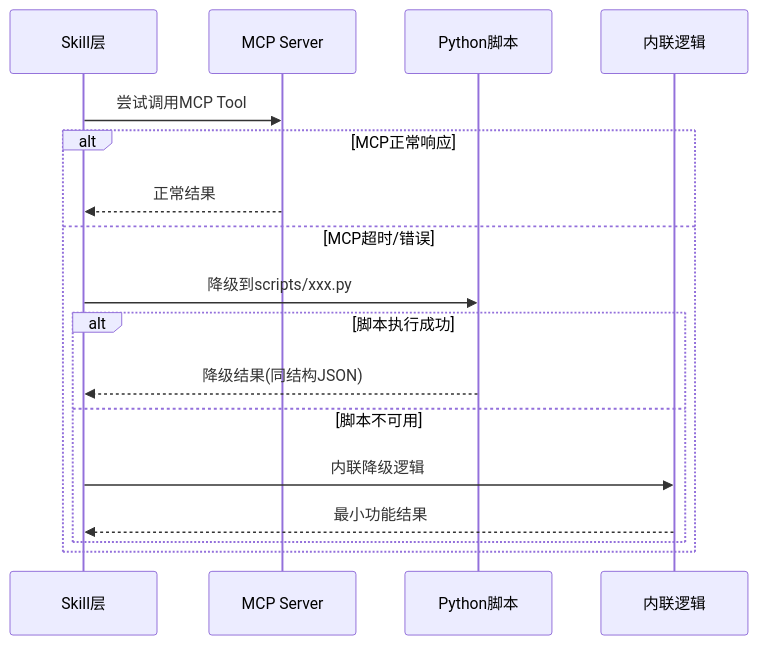
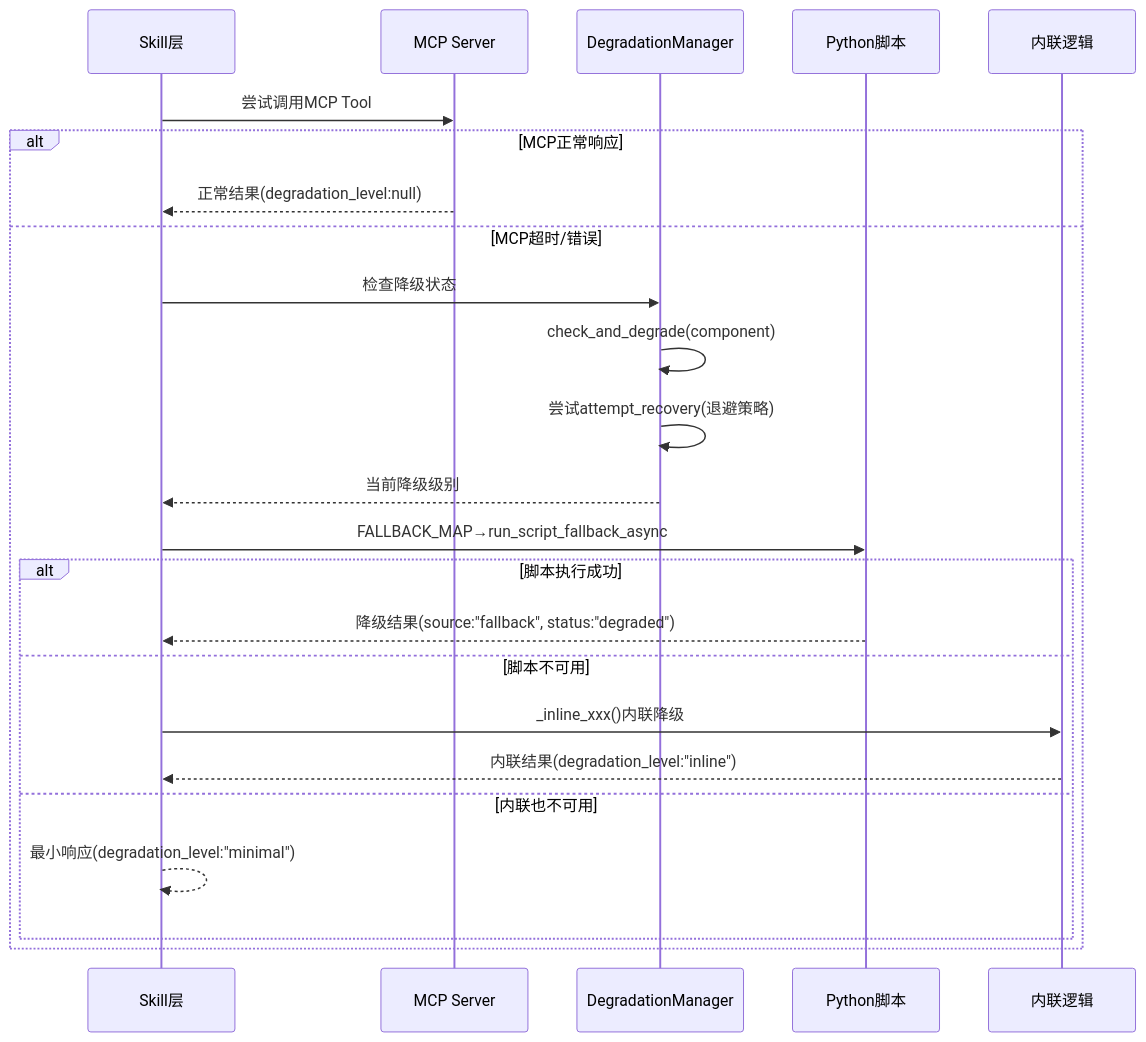
Before and after one commit to xuanyuanchumo/xuansto: the third of 4 diagrams in docs/plan/ARCHITECTURE.md, drawn with Mermaid. The commit also changed other lines of this file and 7737 other files, not shown here.

````diff
--- a/docs/plan/ARCHITECTURE.md
+++ b/docs/plan/ARCHITECTURE.md
@@ -396,21 +477,28 @@
 ```mermaid
 sequenceDiagram
     participant SK as Skill层
     participant MCP as MCP Server
+    participant DM as DegradationManager
     participant SCRIPT as Python脚本
     participant INLINE as 内联逻辑
 
     SK->>MCP: 尝试调用MCP Tool
 
     alt MCP正常响应
-        MCP-->>SK: 正常结果
+        MCP-->>SK: 正常结果(degradation_level:null)
     else MCP超时/错误
-        SK->>SCRIPT: 降级到scripts/xxx.py
+        SK->>DM: 检查降级状态
+        DM->>DM: check_and_degrade(component)
+        DM->>DM: 尝试attempt_recovery(退避策略)
+        DM-->>SK: 当前降级级别
+        SK->>SCRIPT: FALLBACK_MAP→run_script_fallback_async
         alt 脚本执行成功
-            SCRIPT-->>SK: 降级结果(同结构JSON)
+            SCRIPT-->>SK: 降级结果(source:"fallback", status:"degraded")
         else 脚本不可用
-            SK->>INLINE: 内联降级逻辑
-            INLINE-->>SK: 最小功能结果
+            SK->>INLINE: _inline_xxx()内联降级
+            INLINE-->>SK: 内联结果(degradation_level:"inline")
+        else 内联也不可用
+            SK-->>SK: 最小响应(degradation_level:"minimal")
         end
     end
 ```
````
